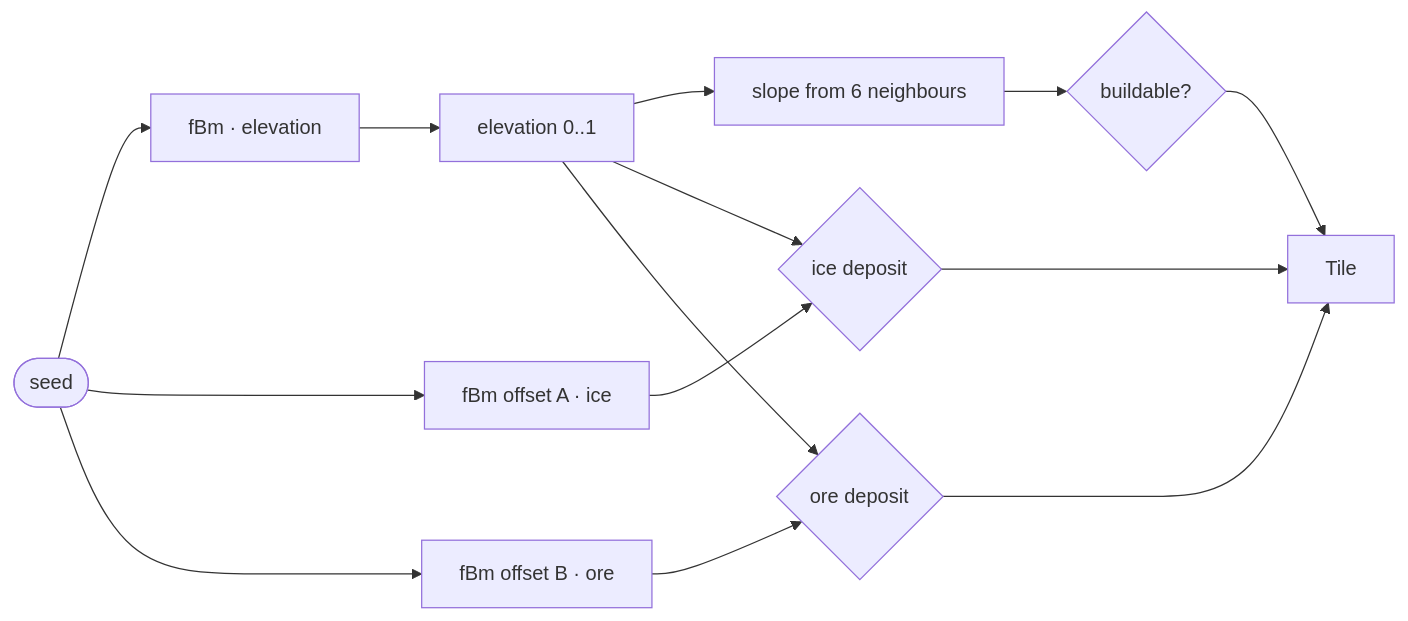
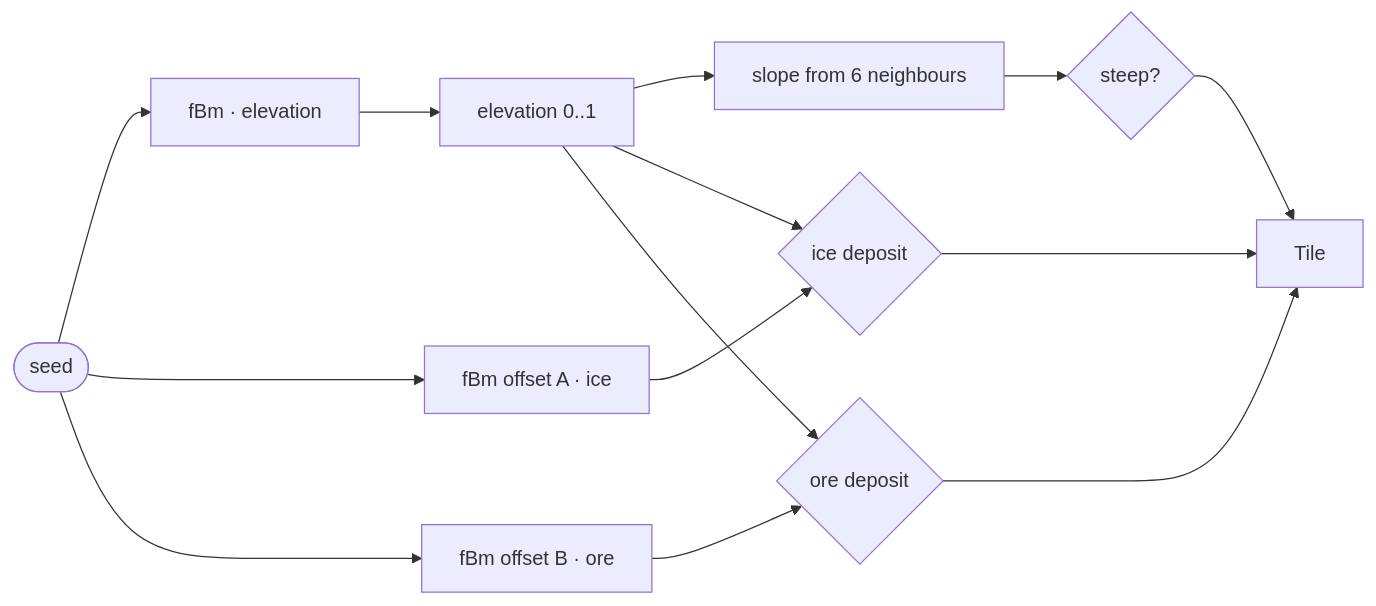
Before and after one commit to farukcan/living-city: the diagram in docs/SPEC-03-world.md, drawn with Mermaid. The commit also changed other lines of this file and 24 other files, not shown here.

````diff
--- a/docs/SPEC-03-world.md
+++ b/docs/SPEC-03-world.md
@@ -49,16 +49,16 @@
 ```mermaid
 flowchart LR
     SEED([seed]) --> N1[fBm · elevation]
     SEED --> N2[fBm offset A · ice]
     SEED --> N3[fBm offset B · ore]
     N1 --> ELEV[elevation 0..1]
     ELEV --> SLOPE[slope from 6 neighbours]
-    SLOPE --> BUILD{buildable?}
+    SLOPE --> STEEP{steep?}
     N2 --> ICE{ice deposit}
     N3 --> ORE{ore deposit}
     ELEV --> ICE
     ELEV --> ORE
-    BUILD --> TILE[Tile]
+    STEEP --> TILE[Tile]
     ICE --> TILE
     ORE --> TILE
 ```
````
